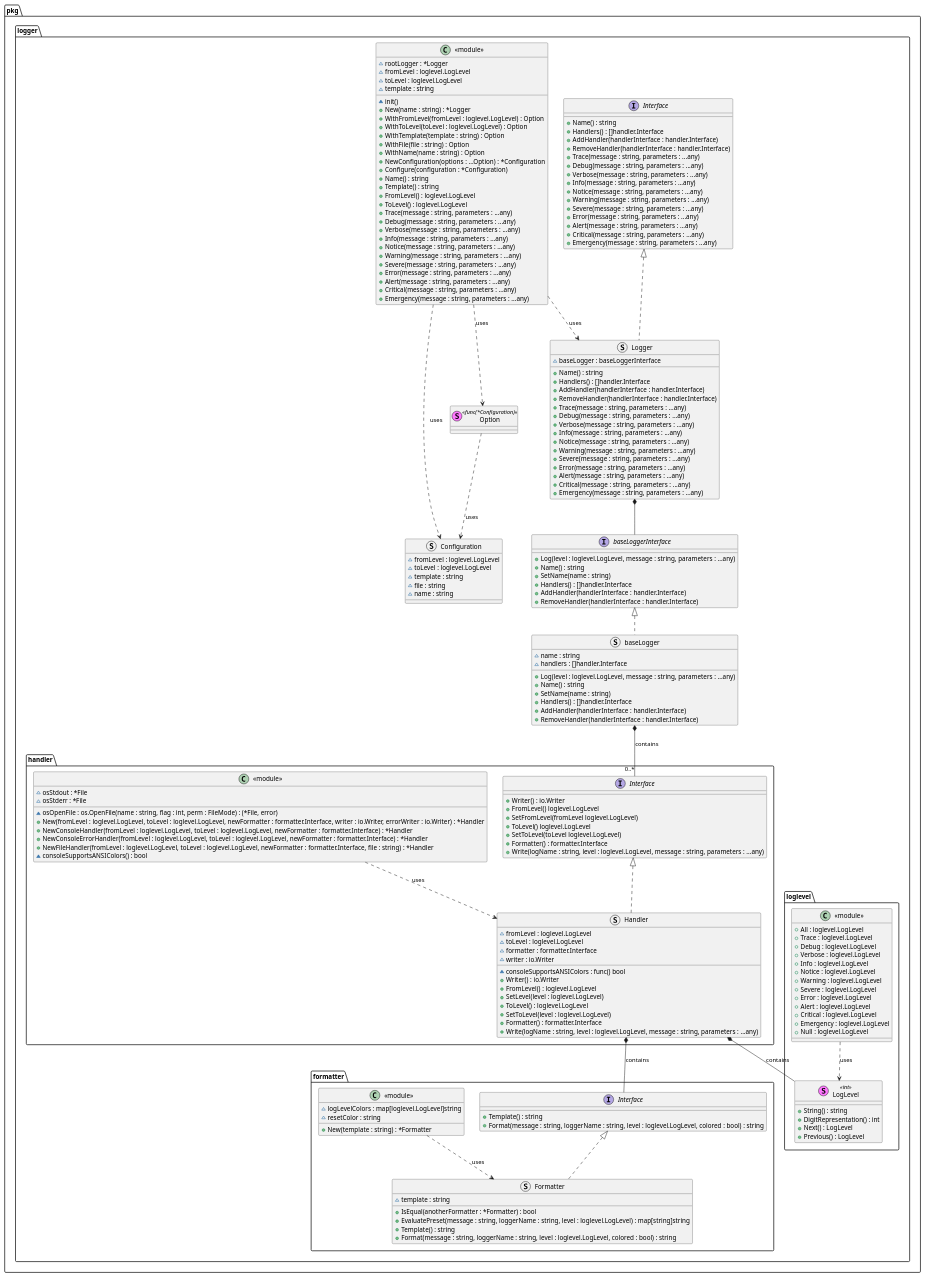
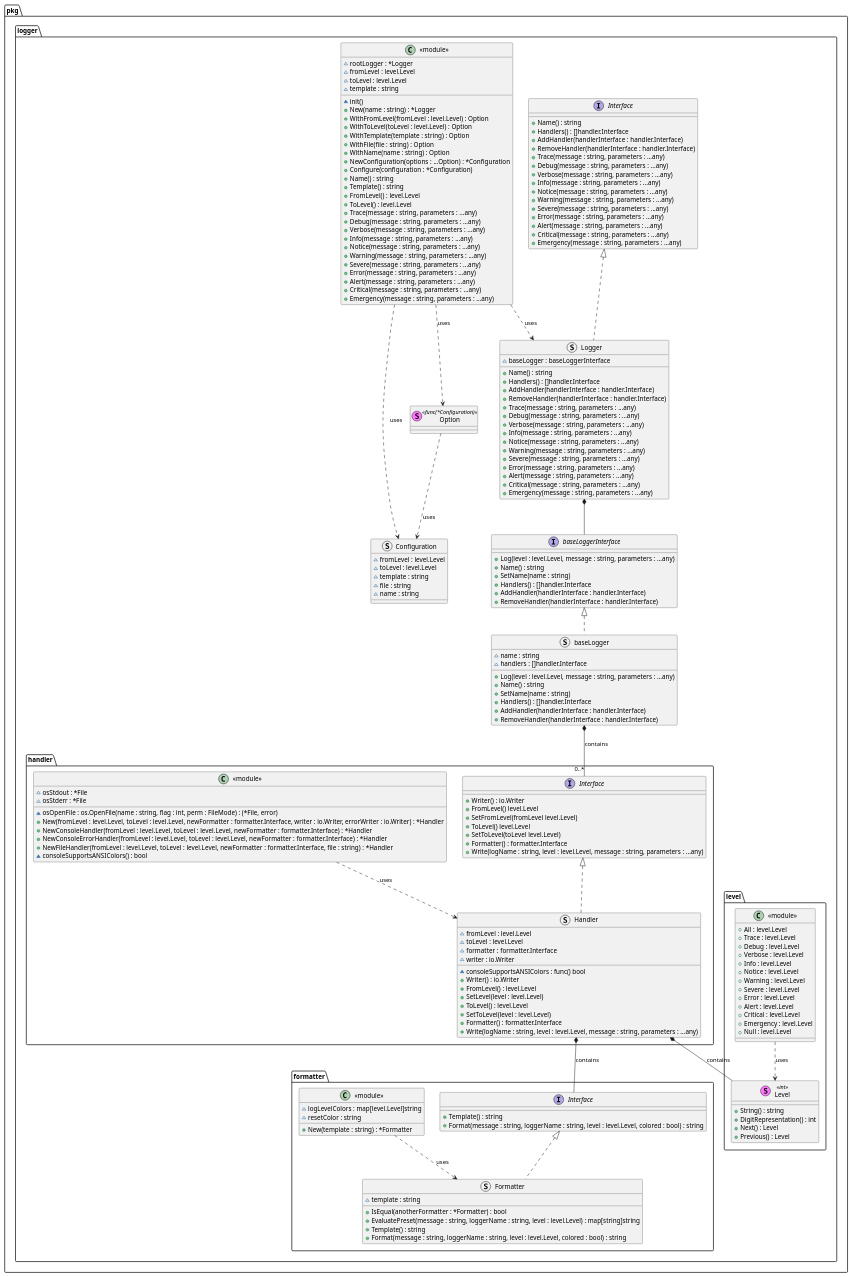
The diagram in docs/architecture/diagrams/plantuml/class_diagram.plantuml (dl1998/go-logging), drawn with PlantUML before and after one commit. The commit also changed 15 other files, not shown here.

Commit message:
Rename loglevel to level and LogLevel to Level

```diff
--- a/docs/architecture/diagrams/plantuml/class_diagram.plantuml
+++ b/docs/architecture/diagrams/plantuml/class_diagram.plantuml
@@ -1,192 +1,192 @@
 @startuml
 top to bottom direction
 
 package pkg.logger {
     package formatter {
         interface Interface {
             + Template() : string
-            + Format(message : string, loggerName : string, level : loglevel.LogLevel, colored : bool) : string
+            + Format(message : string, loggerName : string, level : level.Level, colored : bool) : string
         }
 
         struct Formatter implements Interface {
             ~ template : string
             + IsEqual(anotherFormatter : *Formatter) : bool
-            + EvaluatePreset(message : string, loggerName : string, level : loglevel.LogLevel) : map[string]string
+            + EvaluatePreset(message : string, loggerName : string, level : level.Level) : map[string]string
             + Template() : string
-            + Format(message : string, loggerName : string, level : loglevel.LogLevel, colored : bool) : string
+            + Format(message : string, loggerName : string, level : level.Level, colored : bool) : string
         }
 
         class "<<module>>" {
-            ~ logLevelColors : map[loglevel.LogLevel]string
+            ~ logLevelColors : map[level.Level]string
             ~ resetColor : string
             + New(template : string) : *Formatter
         }
 
         "<<module>>" ..> Formatter : uses
     }
     package handler {
         interface Interface {
             + Writer() : io.Writer
-            + FromLevel() loglevel.LogLevel
-            + SetFromLevel(fromLevel loglevel.LogLevel)
-            + ToLevel() loglevel.LogLevel
-            + SetToLevel(toLevel loglevel.LogLevel)
+            + FromLevel() level.Level
+            + SetFromLevel(fromLevel level.Level)
+            + ToLevel() level.Level
+            + SetToLevel(toLevel level.Level)
             + Formatter() : formatter.Interface
-            + Write(logName : string, level : loglevel.LogLevel, message : string, parameters : ...any)
+            + Write(logName : string, level : level.Level, message : string, parameters : ...any)
         }
         struct Handler implements Interface {
-            ~ fromLevel : loglevel.LogLevel
-            ~ toLevel : loglevel.LogLevel
+            ~ fromLevel : level.Level
+            ~ toLevel : level.Level
             ~ formatter : formatter.Interface
             ~ writer : io.Writer
             ~ consoleSupportsANSIColors : func() bool
             + Writer() : io.Writer
-            + FromLevel() : loglevel.LogLevel
-            + SetLevel(level : loglevel.LogLevel)
-            + ToLevel() : loglevel.LogLevel
-            + SetToLevel(level : loglevel.LogLevel)
+            + FromLevel() : level.Level
+            + SetLevel(level : level.Level)
+            + ToLevel() : level.Level
+            + SetToLevel(level : level.Level)
             + Formatter() : formatter.Interface
-            + Write(logName : string, level : loglevel.LogLevel, message : string, parameters : ...any)
+            + Write(logName : string, level : level.Level, message : string, parameters : ...any)
         }
         class "<<module>>" {
             ~ osOpenFile : os.OpenFile(name : string, flag : int, perm : FileMode) : (*File, error)
             ~ osStdout : *File
             ~ osStderr : *File
-            + New(fromLevel : loglevel.LogLevel, toLevel : loglevel.LogLevel, newFormatter : formatter.Interface, writer : io.Writer, errorWriter : io.Writer) : *Handler
-            + NewConsoleHandler(fromLevel : loglevel.LogLevel, toLevel : loglevel.LogLevel, newFormatter : formatter.Interface) : *Handler
-            + NewConsoleErrorHandler(fromLevel : loglevel.LogLevel, toLevel : loglevel.LogLevel, newFormatter : formatter.Interface) : *Handler
-            + NewFileHandler(fromLevel : loglevel.LogLevel, toLevel : loglevel.LogLevel, newFormatter : formatter.Interface, file : string) : *Handler
+            + New(fromLevel : level.Level, toLevel : level.Level, newFormatter : formatter.Interface, writer : io.Writer, errorWriter : io.Writer) : *Handler
+            + NewConsoleHandler(fromLevel : level.Level, toLevel : level.Level, newFormatter : formatter.Interface) : *Handler
+            + NewConsoleErrorHandler(fromLevel : level.Level, toLevel : level.Level, newFormatter : formatter.Interface) : *Handler
+            + NewFileHandler(fromLevel : level.Level, toLevel : level.Level, newFormatter : formatter.Interface, file : string) : *Handler
             ~ consoleSupportsANSIColors() : bool
         }
 
         "<<module>>" ..> Handler : uses
     }
-    package loglevel {
-        stereotype LogLevel <<int>> {
+    package level {
+        stereotype Level <<int>> {
             + String() : string
             + DigitRepresentation() : int
-            + Next() : LogLevel
-            + Previous() : LogLevel
+            + Next() : Level
+            + Previous() : Level
         }
         class "<<module>>" {
-            + All : loglevel.LogLevel
-            + Trace : loglevel.LogLevel
-            + Debug : loglevel.LogLevel
-            + Verbose : loglevel.LogLevel
-            + Info : loglevel.LogLevel
-            + Notice : loglevel.LogLevel
-            + Warning : loglevel.LogLevel
-            + Severe : loglevel.LogLevel
-            + Error : loglevel.LogLevel
-            + Alert : loglevel.LogLevel
-            + Critical : loglevel.LogLevel
-            + Emergency : loglevel.LogLevel
-            + Null : loglevel.LogLevel
+            + All : level.Level
+            + Trace : level.Level
+            + Debug : level.Level
+            + Verbose : level.Level
+            + Info : level.Level
+            + Notice : level.Level
+            + Warning : level.Level
+            + Severe : level.Level
+            + Error : level.Level
+            + Alert : level.Level
+            + Critical : level.Level
+            + Emergency : level.Level
+            + Null : level.Level
         }
-        "<<module>>" ..> LogLevel : uses
+        "<<module>>" ..> Level : uses
     }
     interface baseLoggerInterface {
-        + Log(level : loglevel.LogLevel, message : string, parameters : ...any)
+        + Log(level : level.Level, message : string, parameters : ...any)
         + Name() : string
         + SetName(name : string)
         + Handlers() : []handler.Interface
         + AddHandler(handlerInterface : handler.Interface)
         + RemoveHandler(handlerInterface : handler.Interface)
     }
     struct baseLogger implements baseLoggerInterface {
         ~ name : string
         ~ handlers : []handler.Interface
-        + Log(level : loglevel.LogLevel, message : string, parameters : ...any)
+        + Log(level : level.Level, message : string, parameters : ...any)
         + Name() : string
         + SetName(name : string)
         + Handlers() : []handler.Interface
         + AddHandler(handlerInterface : handler.Interface)
         + RemoveHandler(handlerInterface : handler.Interface)
     }
     interface Interface {
         + Name() : string
         + Handlers() : []handler.Interface
         + AddHandler(handlerInterface : handler.Interface)
         + RemoveHandler(handlerInterface : handler.Interface)
         + Trace(message : string, parameters : ...any)
         + Debug(message : string, parameters : ...any)
         + Verbose(message : string, parameters : ...any)
         + Info(message : string, parameters : ...any)
         + Notice(message : string, parameters : ...any)
         + Warning(message : string, parameters : ...any)
         + Severe(message : string, parameters : ...any)
         + Error(message : string, parameters : ...any)
         + Alert(message : string, parameters : ...any)
         + Critical(message : string, parameters : ...any)
         + Emergency(message : string, parameters : ...any)
     }
     struct Logger implements Interface {
         ~ baseLogger : baseLoggerInterface
         + Name() : string
         + Handlers() : []handler.Interface
         + AddHandler(handlerInterface : handler.Interface)
         + RemoveHandler(handlerInterface : handler.Interface)
         + Trace(message : string, parameters : ...any)
         + Debug(message : string, parameters : ...any)
         + Verbose(message : string, parameters : ...any)
         + Info(message : string, parameters : ...any)
         + Notice(message : string, parameters : ...any)
         + Warning(message : string, parameters : ...any)
         + Severe(message : string, parameters : ...any)
         + Error(message : string, parameters : ...any)
         + Alert(message : string, parameters : ...any)
         + Critical(message : string, parameters : ...any)
         + Emergency(message : string, parameters : ...any)
     }
     struct Configuration {
-        ~ fromLevel : loglevel.LogLevel
-        ~ toLevel : loglevel.LogLevel
+        ~ fromLevel : level.Level
+        ~ toLevel : level.Level
         ~ template : string
         ~ file : string
         ~ name : string
     }
     stereotype Option <<func(*Configuration)>> {}
     class "<<module>>" {
         ~ rootLogger : *Logger
-        ~ fromLevel : loglevel.LogLevel
-        ~ toLevel : loglevel.LogLevel
+        ~ fromLevel : level.Level
+        ~ toLevel : level.Level
         ~ template : string
         ~ init()
         + New(name : string) : *Logger
-        + WithFromLevel(fromLevel : loglevel.LogLevel) : Option
-        + WithToLevel(toLevel : loglevel.LogLevel) : Option
+        + WithFromLevel(fromLevel : level.Level) : Option
+        + WithToLevel(toLevel : level.Level) : Option
         + WithTemplate(template : string) : Option
         + WithFile(file : string) : Option
         + WithName(name : string) : Option
         + NewConfiguration(options : ...Option) : *Configuration
         + Configure(configuration : *Configuration)
         + Name() : string
         + Template() : string
-        + FromLevel() : loglevel.LogLevel
-        + ToLevel() : loglevel.LogLevel
+        + FromLevel() : level.Level
+        + ToLevel() : level.Level
         + Trace(message : string, parameters : ...any)
         + Debug(message : string, parameters : ...any)
         + Verbose(message : string, parameters : ...any)
         + Info(message : string, parameters : ...any)
         + Notice(message : string, parameters : ...any)
         + Warning(message : string, parameters : ...any)
         + Severe(message : string, parameters : ...any)
         + Error(message : string, parameters : ...any)
         + Alert(message : string, parameters : ...any)
         + Critical(message : string, parameters : ...any)
         + Emergency(message : string, parameters : ...any)
     }
 
     Logger *-- baseLoggerInterface
     "<<module>>" ..> Logger : uses
     "<<module>>" ..> Option : uses
     "<<module>>" ..> Configuration : uses
     Option ..> Configuration : uses
 }
 
-pkg.logger.handler.Handler *-- pkg.logger.loglevel.LogLevel : contains
+pkg.logger.handler.Handler *-- pkg.logger.level.Level : contains
 pkg.logger.handler.Handler *-- pkg.logger.formatter.Interface : contains
 pkg.logger.baseLogger *-- "0..*" pkg.logger.handler.Interface : contains
 
 
 @enduml
```
